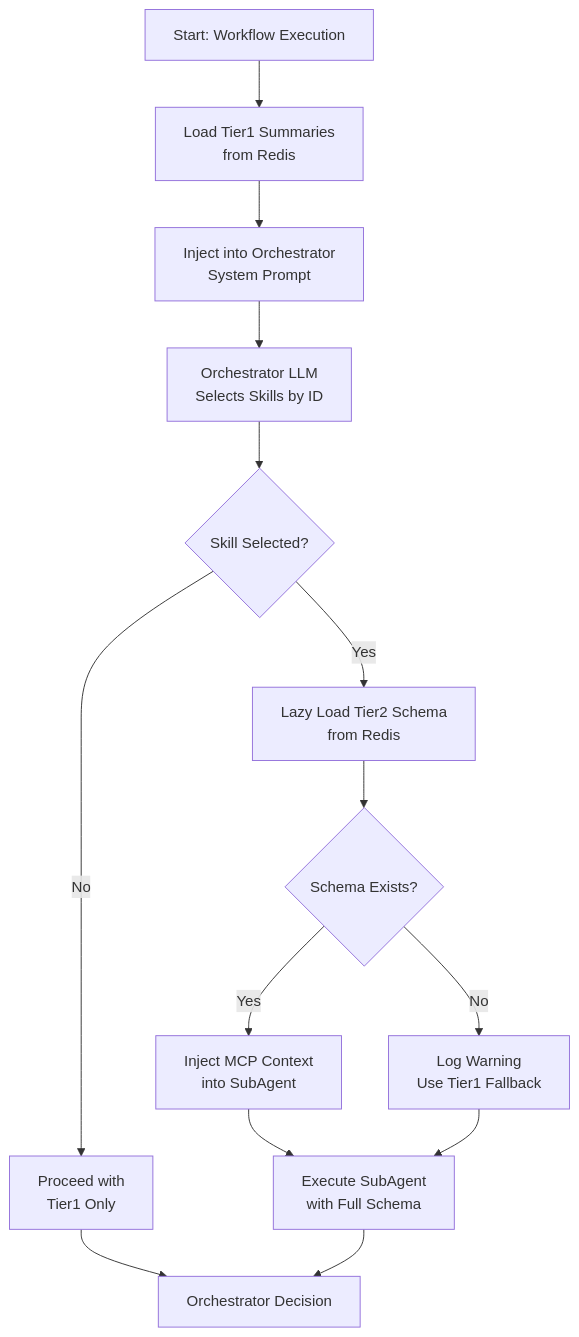
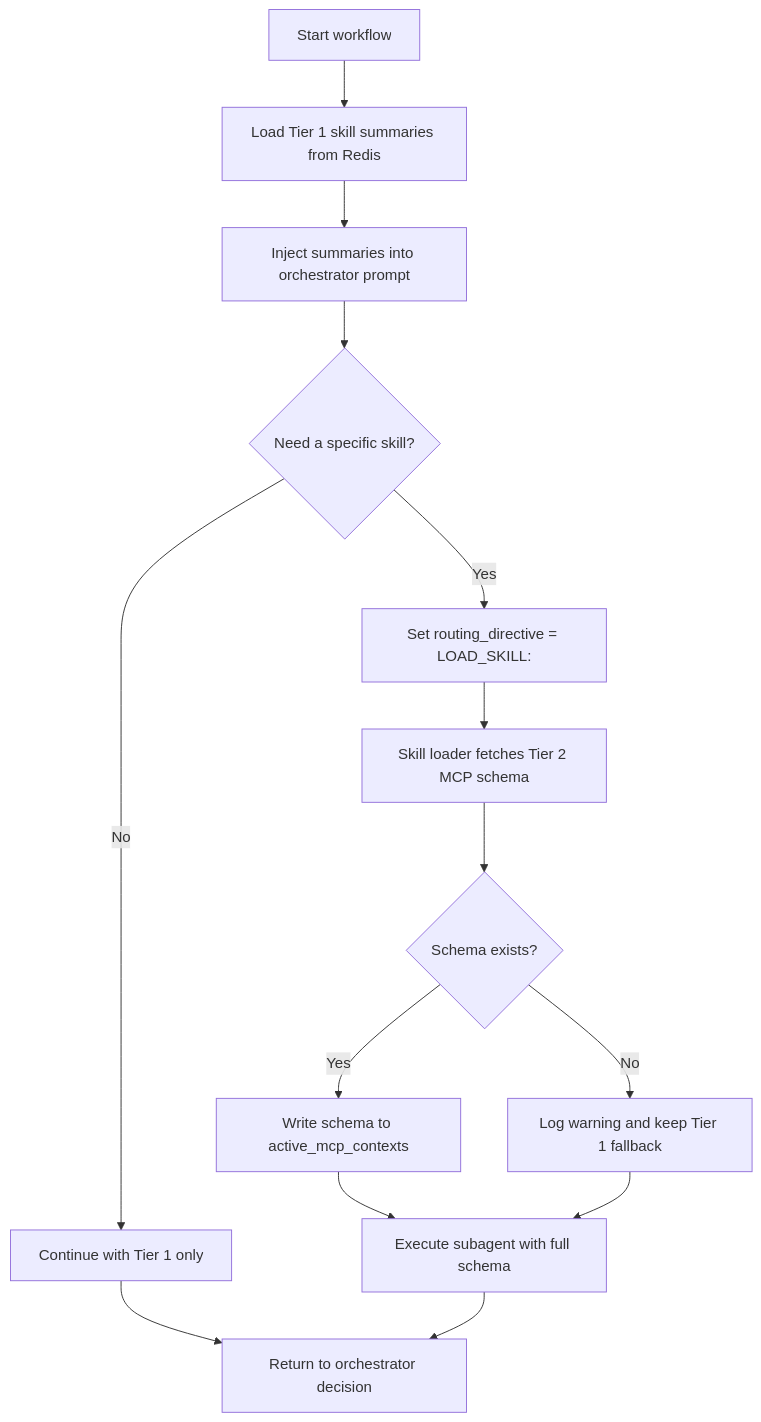
The diagram in docs/graph-weave/technical/charts/skill-loading-flow.md (destngx/monorepo), drawn with Mermaid before and after one commit. The commit also changed other lines of this file and 34 other files, not shown here.

Commit message:
docs: code and charts for graph weave synthezise dupplicate

````diff
--- a/docs/graph-weave/technical/charts/skill-loading-flow.md
+++ b/docs/graph-weave/technical/charts/skill-loading-flow.md
@@ -16,19 +1,16 @@
 ```mermaid
 flowchart TD
-    A[Start: Workflow Execution] --> B[Load Tier1 Summaries<br/>from Redis]
-    B --> C[Inject into Orchestrator<br/>System Prompt]
-    C --> D[Orchestrator LLM<br/>Selects Skills by ID]
-    
-    D --> E{Skill Selected?}
-    E -->|No| F[Proceed with<br/>Tier1 Only]
-    E -->|Yes| G[Lazy Load Tier2 Schema<br/>from Redis]
-    
-    G --> H{Schema Exists?}
-    H -->|Yes| I[Inject MCP Context<br/>into SubAgent]
-    H -->|No| J[Log Warning<br/>Use Tier1 Fallback]
-    
-    I --> K[Execute SubAgent<br/>with Full Schema]
+    A[Start workflow] --> B[Load Tier 1 skill summaries from Redis]
+    B --> C[Inject summaries into orchestrator prompt]
+    C --> D{Need a specific skill?}
+    D -->|No| E[Continue with Tier 1 only]
+    D -->|Yes| F[Set routing_directive = LOAD_SKILL:<id>]
+    F --> G[Skill loader fetches Tier 2 MCP schema]
+    G --> H{Schema exists?}
+    H -->|Yes| I[Write schema to active_mcp_contexts]
+    H -->|No| J[Log warning and keep Tier 1 fallback]
+    I --> K[Execute subagent with full schema]
     J --> K
-    F --> L[Orchestrator Decision]
+    E --> L[Return to orchestrator decision]
     K --> L
 ```
````
